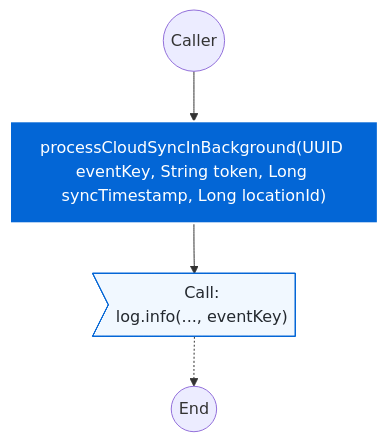
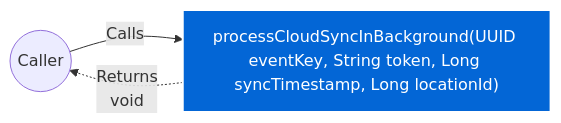
Before and after one commit to FelipeMCassiano/geanky: the ninth of 15 diagrams in docs/CloudSyncUploadService.md, drawn with Mermaid. The commit also changed other lines of this file and 6 other files, not shown here.

````diff
--- a/docs/CloudSyncUploadService.md
+++ b/docs/CloudSyncUploadService.md
@@ -726,12 +828,9 @@
 ```mermaid
-flowchart TD
+flowchart LR
     classDef methodNode fill:#0366d6,stroke:#fff,stroke-width:2px,color:#fff;
-    classDef callNode fill:#f1f8ff,stroke:#0366d6,color:#24292f;
-    classDef ifNode fill:#fff8c5,stroke:#d73a49,color:#24292f;
-    classDef retNode fill:#28a745,stroke:#fff,color:#fff;
+    Caller(("Caller"))
+    Method["processCloudSyncInBackground(UUID eventKey, String token, Long syncTimestamp, Long locationId)"]:::methodNode
 
-    START(("Caller")) --> M_ENTRY["processCloudSyncInBackground(UUID eventKey, String token, Long syncTimestamp, Long locationId)"]:::methodNode
-    M_ENTRY --> N1>"Call:<br>log.info(..., eventKey)"]:::callNode
-    N1 -.-> END(("End"))
-
+    Caller -- "Calls" --> Method
+    Method -. "Returns<br>void" .-> Caller
 ```
````
